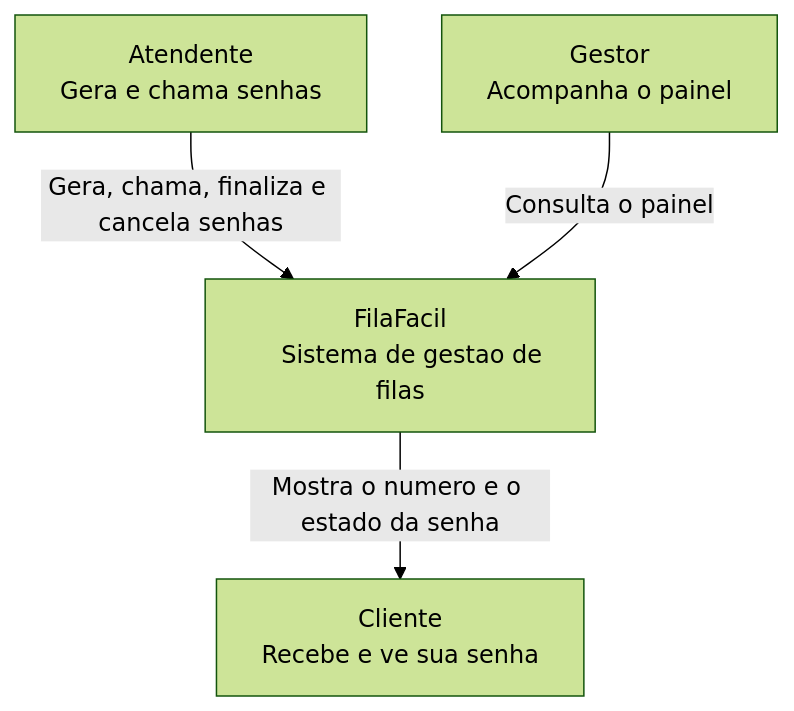
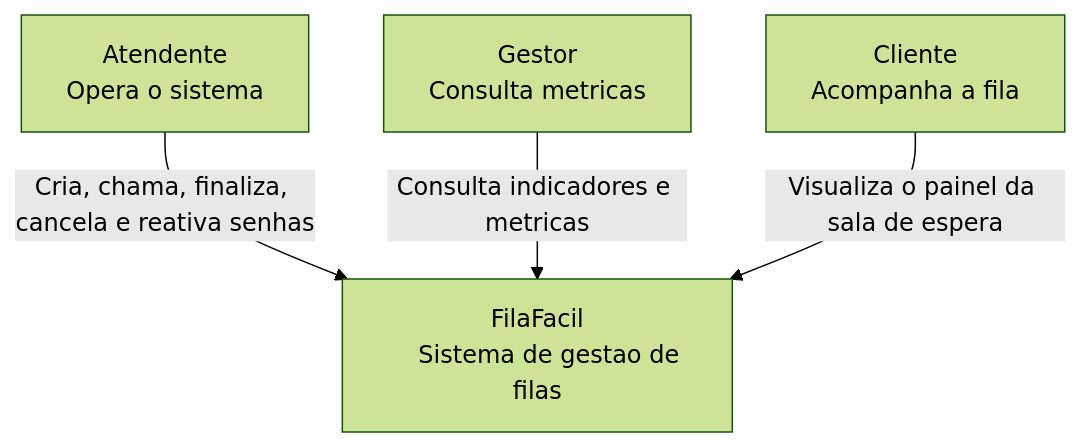
One commit to lucaasalb/filafacil changed the diagram in filafacil-estudante/docs/architecture/c4-contexto.md. Above: the diagram before and after it, drawn with Mermaid (forest theme). The commit also changed other lines of this file and 17 other files, not shown here.

````diff
--- a/filafacil-estudante/docs/architecture/c4-contexto.md
+++ b/filafacil-estudante/docs/architecture/c4-contexto.md
@@ -5,16 +5,18 @@
 ```mermaid
 flowchart TD
     atendente["Atendente
-    Gera e chama senhas"]
+    Opera o sistema"]
+
     gestor["Gestor
-    Acompanha o painel"]
+    Consulta metricas"]
+
     cliente["Cliente
-    Recebe e ve sua senha"]
+    Acompanha a fila"]
 
     sistema["FilaFacil
     Sistema de gestao de filas"]
 
-    atendente -->|Gera, chama, finaliza e cancela senhas| sistema
-    gestor -->|Consulta o painel| sistema
-    sistema -->|Mostra o numero e o estado da senha| cliente
+    atendente -->|Cria, chama, finaliza, cancela e reativa senhas| sistema
+    gestor -->|Consulta indicadores e metricas| sistema
+    cliente -->|Visualiza o painel da sala de espera| sistema
 ```
````
